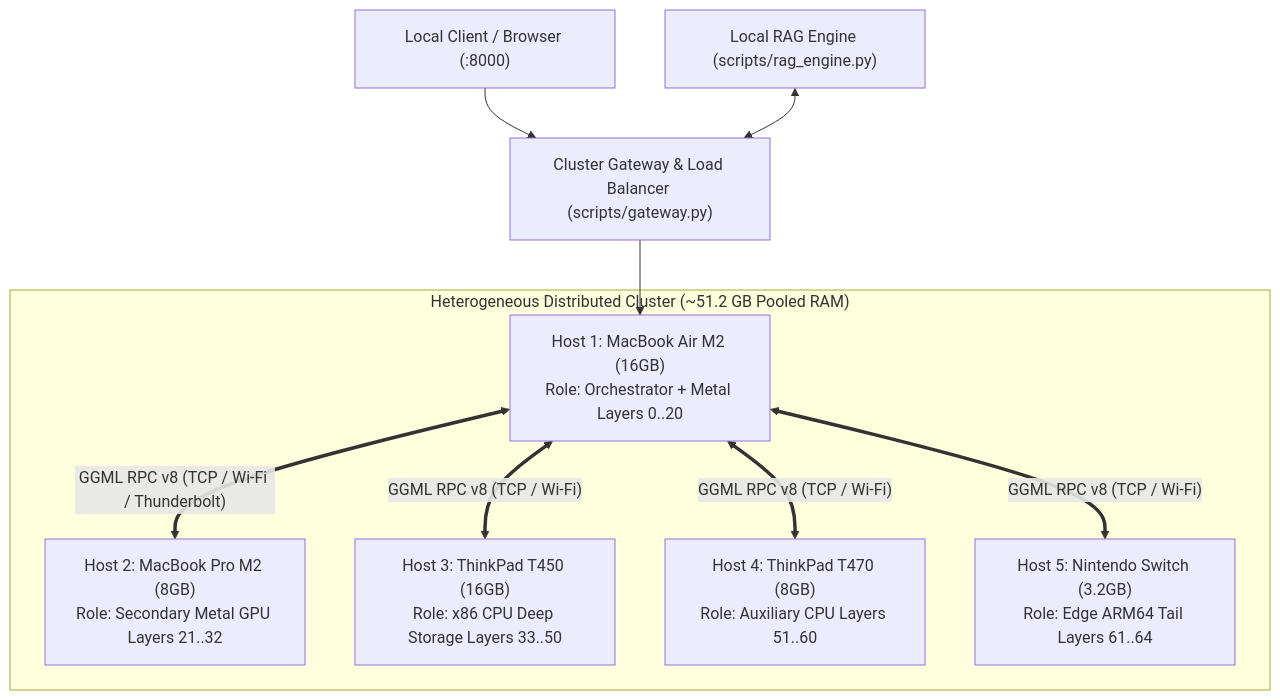
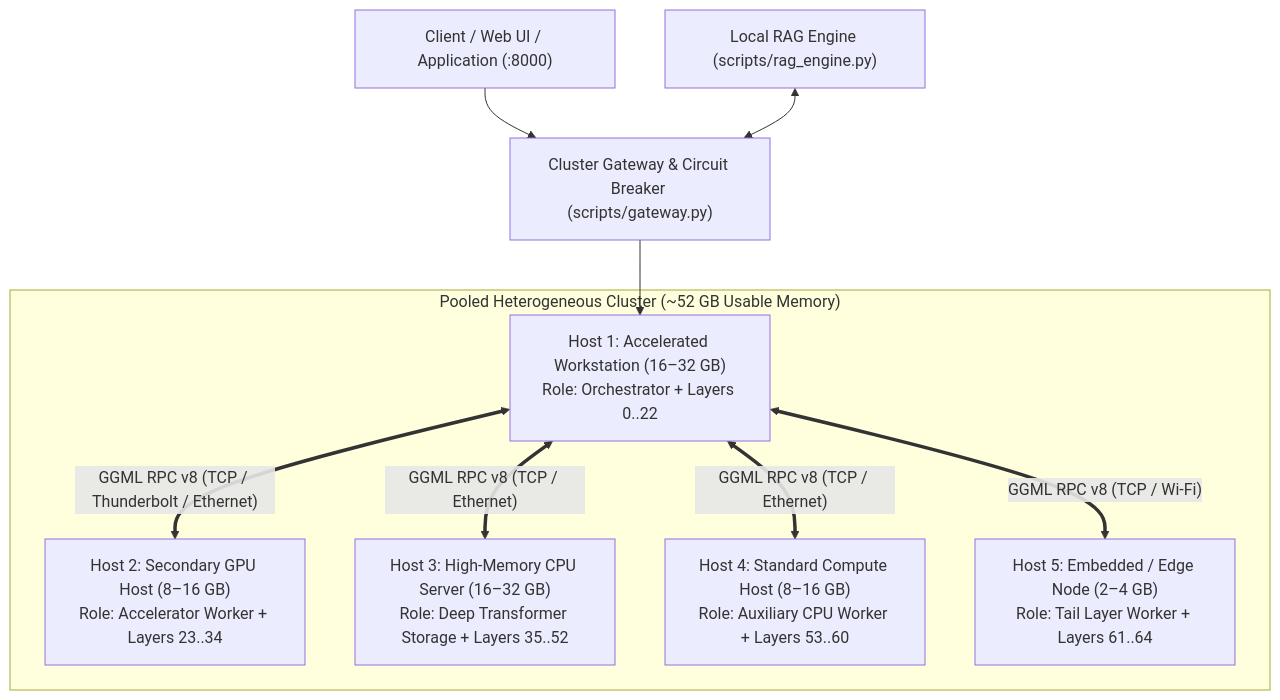
One commit to r0bledas/Offline-AI-Cluster changed the diagram in README.md. Above: the diagram before and after it, drawn with Mermaid. The commit also changed other lines of this file and 5 other files, not shown here.

````diff
--- a/README.md
+++ b/README.md
@@ -28,20 +54,20 @@
 ```mermaid
 flowchart TD
-    User["Local Client / Browser (:8000)"] --> Gateway["Cluster Gateway & Load Balancer (scripts/gateway.py)"]
+    Client["Client / Web UI / Application (:8000)"] --> Gateway["Cluster Gateway & Circuit Breaker (scripts/gateway.py)"]
     
-    subgraph Cluster["Heterogeneous Distributed Cluster (~51.2 GB Pooled RAM)"]
-        Orchestrator["Host 1: MacBook Air M2 (16GB)<br/>Role: Orchestrator + Metal Layers 0..20"]
-        Node1["Host 2: MacBook Pro M2 (8GB)<br/>Role: Secondary Metal GPU Layers 21..32"]
-        Node2["Host 3: ThinkPad T450 (16GB)<br/>Role: x86 CPU Deep Storage Layers 33..50"]
-        Node3["Host 4: ThinkPad T470 (8GB)<br/>Role: Auxiliary CPU Layers 51..60"]
-        Node4["Host 5: Nintendo Switch (3.2GB)<br/>Role: Edge ARM64 Tail Layers 61..64"]
+    subgraph Cluster["Pooled Heterogeneous Cluster (~52 GB Usable Memory)"]
+        Orchestrator["Host 1: Accelerated Workstation (16–32 GB)<br/>Role: Orchestrator + Layers 0..22"]
+        Node1["Host 2: Secondary GPU Host (8–16 GB)<br/>Role: Accelerator Worker + Layers 23..34"]
+        Node2["Host 3: High-Memory CPU Server (16–32 GB)<br/>Role: Deep Transformer Storage + Layers 35..52"]
+        Node3["Host 4: Standard Compute Host (8–16 GB)<br/>Role: Auxiliary CPU Worker + Layers 53..60"]
+        Node4["Host 5: Embedded / Edge Node (2–4 GB)<br/>Role: Tail Layer Worker + Layers 61..64"]
     end
 
     Gateway --> Orchestrator
-    Orchestrator <== "GGML RPC v8 (TCP / Wi-Fi / Thunderbolt)" ==> Node1
-    Orchestrator <== "GGML RPC v8 (TCP / Wi-Fi)" ==> Node2
-    Orchestrator <== "GGML RPC v8 (TCP / Wi-Fi)" ==> Node3
+    Orchestrator <== "GGML RPC v8 (TCP / Thunderbolt / Ethernet)" ==> Node1
+    Orchestrator <== "GGML RPC v8 (TCP / Ethernet)" ==> Node2
+    Orchestrator <== "GGML RPC v8 (TCP / Ethernet)" ==> Node3
     Orchestrator <== "GGML RPC v8 (TCP / Wi-Fi)" ==> Node4
 
     RAG["Local RAG Engine (scripts/rag_engine.py)"] <--> Gateway
 ```
````
